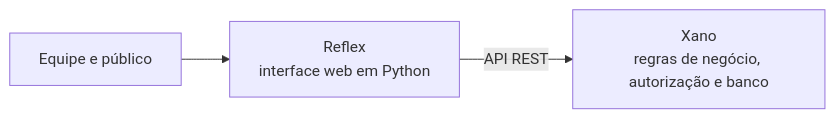
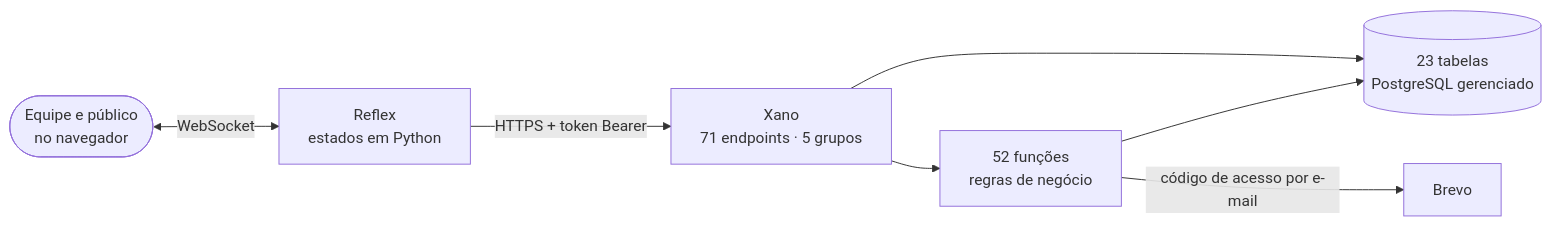
One commit to leonardo-sferreira/ps-fila-prioritaria changed the second of 2 diagrams in README.md. Above: the diagram before and after it, drawn with Mermaid. The commit also changed other lines of this file and 12 other files, not shown here.

````diff
--- a/README.md
+++ b/README.md
@@ -63,5 +159,9 @@
 ```mermaid
 flowchart LR
-    U[Equipe e público] --> R[Reflex<br/>interface web em Python]
-    R -- API REST --> X[Xano<br/>regras de negócio, autorização e banco]
+    U([Equipe e público<br/>no navegador]) <-- WebSocket --> FE[Reflex<br/>estados em Python]
+    FE -- "HTTPS + token Bearer" --> BE[Xano<br/>71 endpoints · 5 grupos]
+    BE --> FN[52 funções<br/>regras de negócio]
+    FN --> DB[(23 tabelas<br/>PostgreSQL gerenciado)]
+    BE --> DB
+    FN -- "código de acesso por e-mail" --> BR[Brevo]
 ```
````
